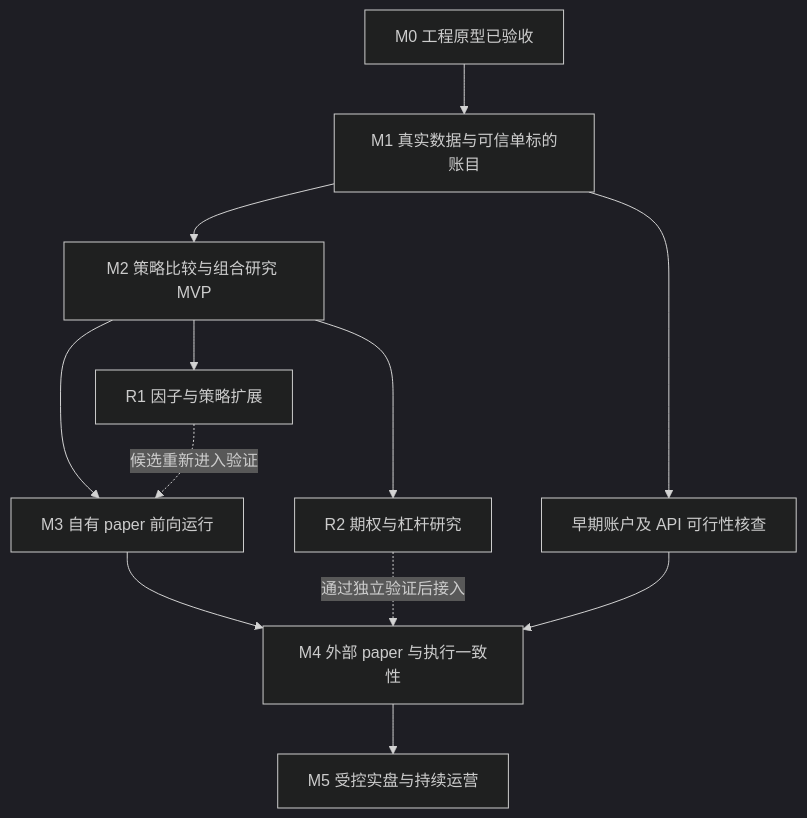
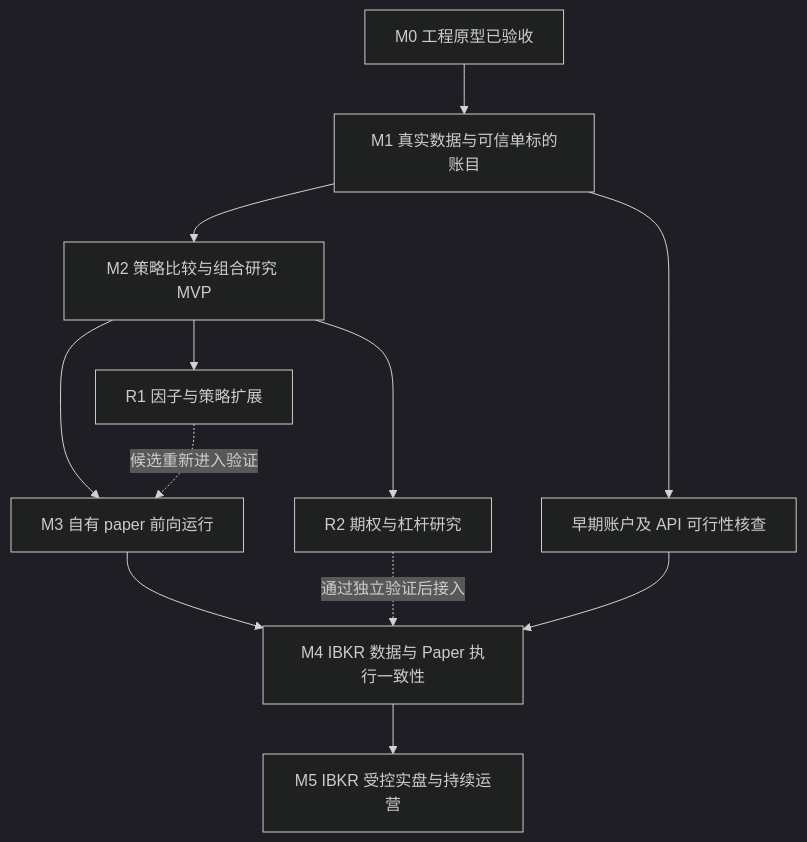
The diagram in docs/roadmap.md (wayslog/invest), drawn with Mermaid (dark theme) before and after one commit. The commit also changed other lines of this file and 14 other files, not shown here.

````diff
--- a/docs/roadmap.md
+++ b/docs/roadmap.md
@@ -89,14 +93,14 @@
 ```mermaid
 flowchart TD
     M0["M0 工程原型已验收"] --> M1["M1 真实数据与可信单标的账目"]
     M1 --> M2["M2 策略比较与组合研究 MVP"]
     M2 --> M3["M3 自有 paper 前向运行"]
-    M3 --> M4["M4 外部 paper 与执行一致性"]
-    M4 --> M5["M5 受控实盘与持续运营"]
+    M3 --> M4["M4 IBKR 数据与 Paper 执行一致性"]
+    M4 --> M5["M5 IBKR 受控实盘与持续运营"]
     M1 --> A["早期账户及 API 可行性核查"]
     A --> M4
     M2 --> R1["R1 因子与策略扩展"]
     M2 --> R2["R2 期权与杠杆研究"]
     R1 -. "候选重新进入验证" .-> M3
     R2 -. "通过独立验证后接入" .-> M4
 ```
````
